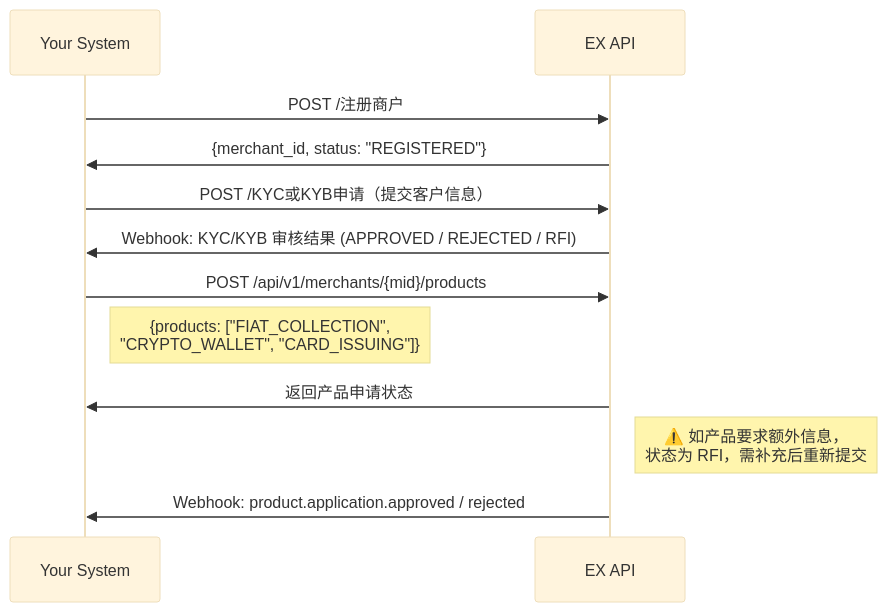
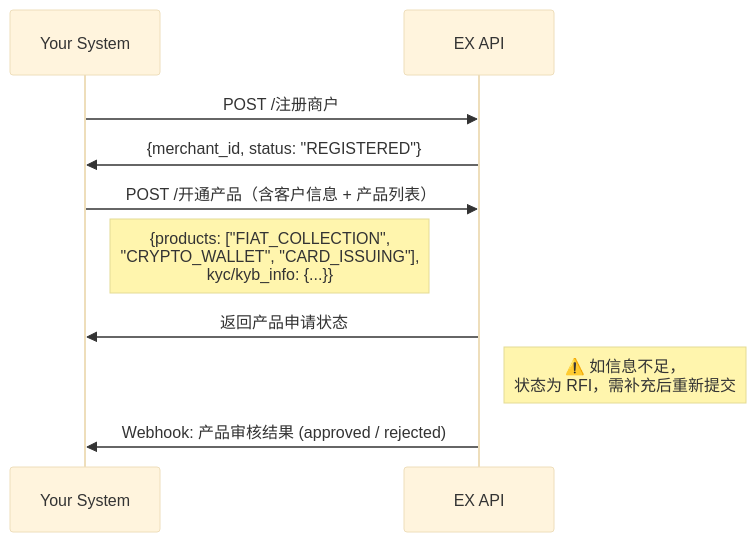
The diagram in Solutions/solutions/ex-api-solution.md (xiaoxiaoangie/EX-NEW), drawn with Mermaid (base theme) before and after one commit. The commit also changed other lines of this file and 30 other files, not shown here.

````diff
--- a/Solutions/solutions/ex-api-solution.md
+++ b/Solutions/solutions/ex-api-solution.md
@@ -167,18 +175,15 @@
 ```mermaid
 sequenceDiagram
     participant You as Your System
     participant EX as EX API
 
     You->>EX: POST /注册商户
     EX->>You: {merchant_id, status: "REGISTERED"}
 
-    You->>EX: POST /KYC或KYB申请（提交客户信息）
-    EX->>You: Webhook: KYC/KYB 审核结果 (APPROVED / REJECTED / RFI)
+    You->>EX: POST /开通产品（含客户信息 + 产品列表）
+    Note right of You: {products: ["FIAT_COLLECTION",<br/>"CRYPTO_WALLET", "CARD_ISSUING"],<br/>kyc/kyb_info: {...}}
+    EX->>You: 返回产品申请状态
+    Note right of EX: ⚠️ 如信息不足，<br/>状态为 RFI，需补充后重新提交
 
-    You->>EX: POST /api/v1/merchants/{mid}/products
-    Note right of You: {products: ["FIAT_COLLECTION",<br/>"CRYPTO_WALLET", "CARD_ISSUING"]}
-    EX->>You: 返回产品申请状态
-    Note right of EX: ⚠️ 如产品要求额外信息，<br/>状态为 RFI，需补充后重新提交
-
-    EX->>You: Webhook: product.application.approved / rejected
+    EX->>You: Webhook: 产品审核结果 (approved / rejected)
 ```
````
